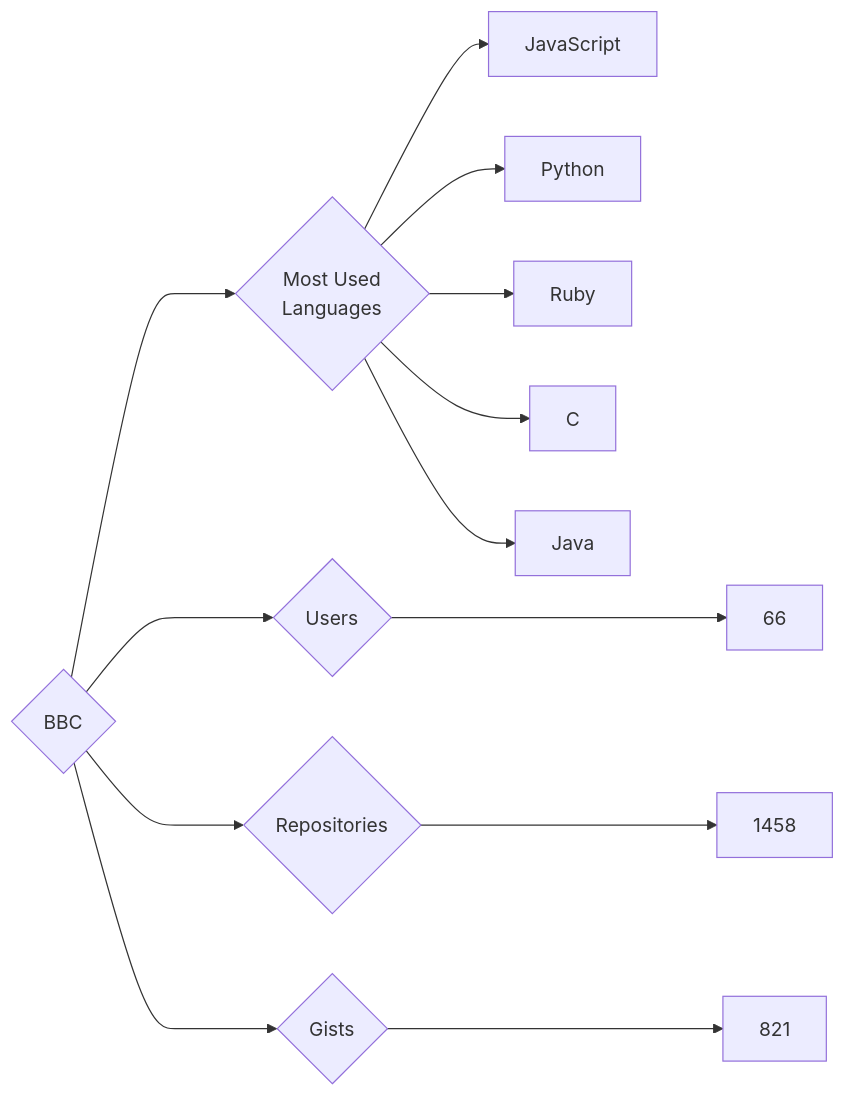
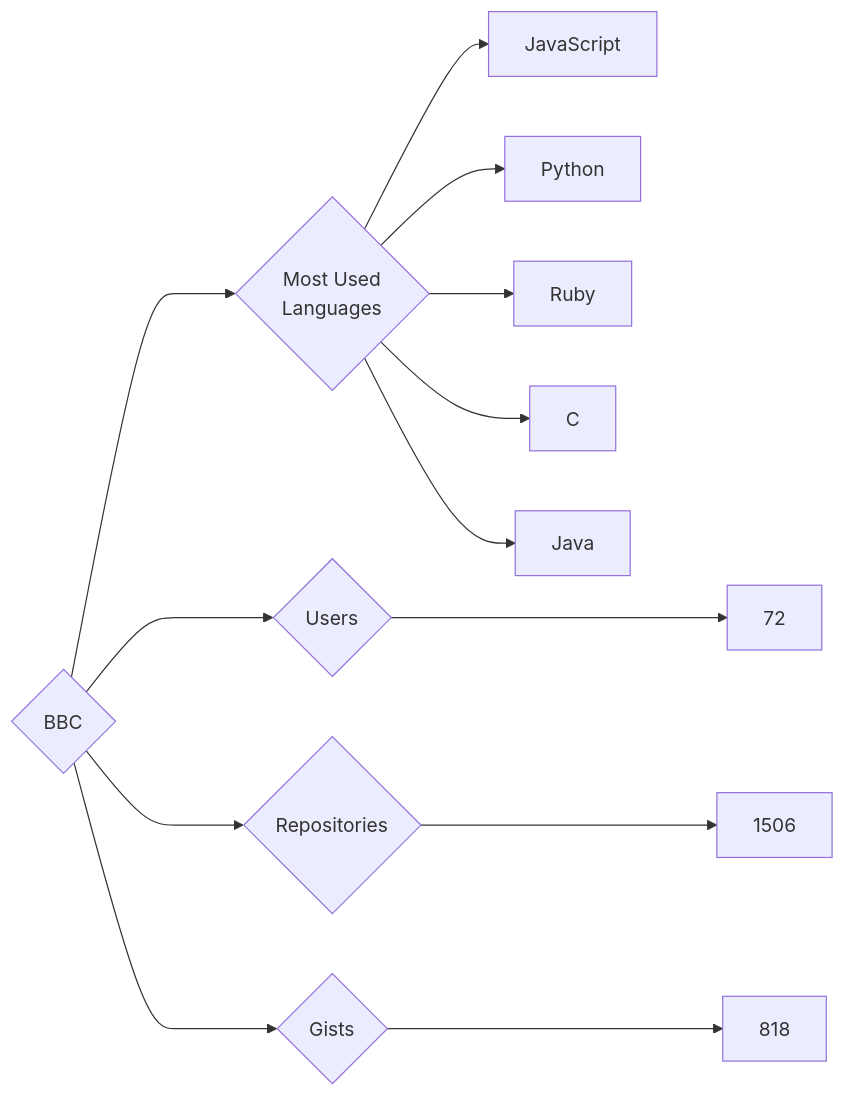
Before and after one commit to trickest/insiders: the diagram in targets/BBC/README.md, drawn with Mermaid. The commit also changed 723 other files, not shown here.

````diff
--- a/targets/BBC/README.md
+++ b/targets/BBC/README.md
@@ -3,13 +3,13 @@
 ```mermaid
 graph LR
 COMPANY_NAME{BBC}
-COMPANY_NAME ---> U{Users} ---> UN[66]
-COMPANY_NAME ---> R{Repositories} ---> RN[1458]
-COMPANY_NAME ---> G{Gists} ---> GN[821]
+COMPANY_NAME ---> U{Users} ---> UN[72]
+COMPANY_NAME ---> R{Repositories} ---> RN[1506]
+COMPANY_NAME ---> G{Gists} ---> GN[818]
 COMPANY_NAME ---> ML{Most Used<br>Languages}
 ML --> JavaScript[JavaScript]
 ML --> Python[Python]
 ML --> Ruby[Ruby]
 ML --> C[C]
 ML --> Java[Java]
 ```
````
